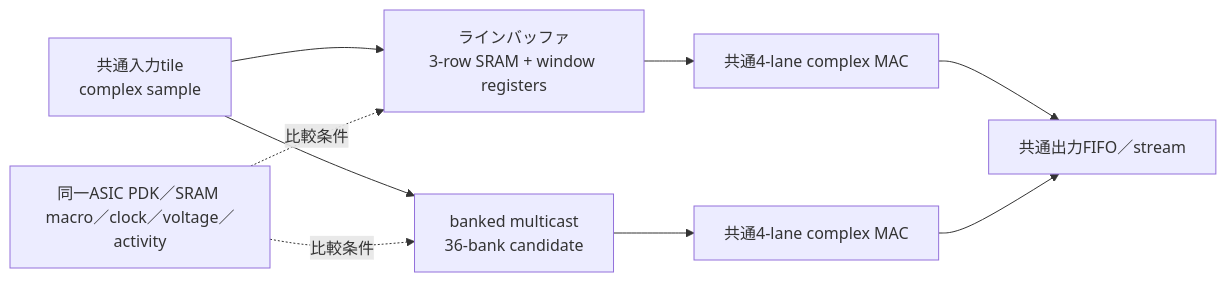
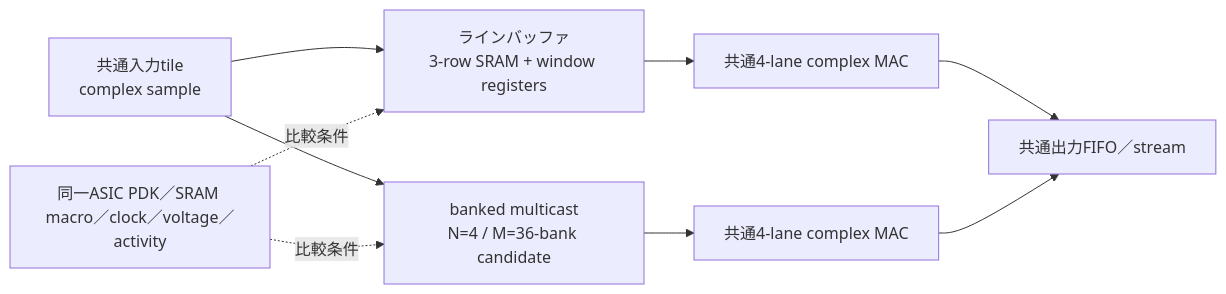
One commit to HN19781124/banked-stencil-multicast changed the diagram in docs/concepts/asic-linebuffer-comparison.md. Above: the diagram before and after it, drawn with Mermaid. The commit also changed other lines of this file and 36 other files, not shown here.

````diff
--- a/docs/concepts/asic-linebuffer-comparison.md
+++ b/docs/concepts/asic-linebuffer-comparison.md
@@ -9,11 +9,11 @@
 ```mermaid
 flowchart LR
     IN[共通入力tile<br/>complex sample] --> LB[ラインバッファ<br/>3-row SRAM + window registers]
-    IN --> BM[banked multicast<br/>36-bank candidate]
+    IN --> BM[banked multicast<br/>N=4 / M=36-bank candidate]
     LB --> LMAC[共通4-lane complex MAC]
     BM --> BMAC[共通4-lane complex MAC]
     LMAC --> OUT[共通出力FIFO／stream]
     BMAC --> OUT
     PDK[同一ASIC PDK／SRAM macro／clock／voltage／activity] -.比較条件.-> LB
     PDK -.比較条件.-> BM
 ```
````
